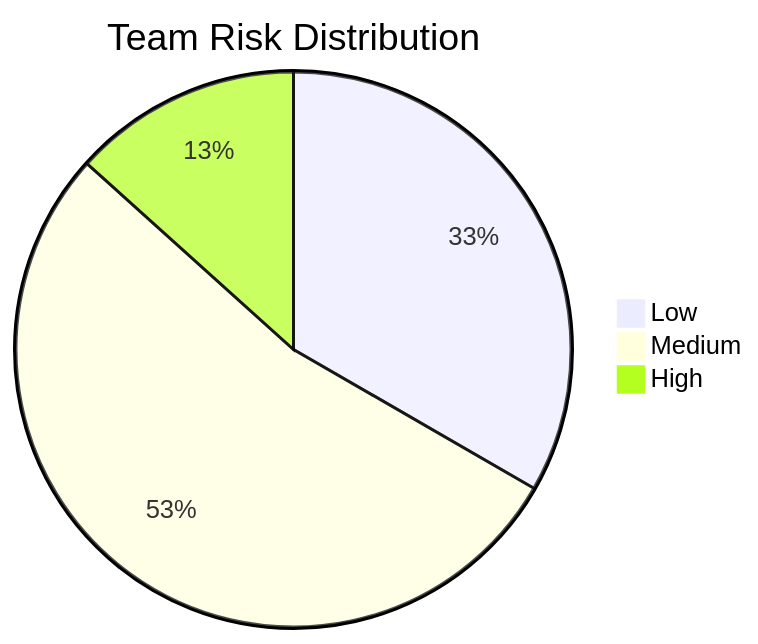
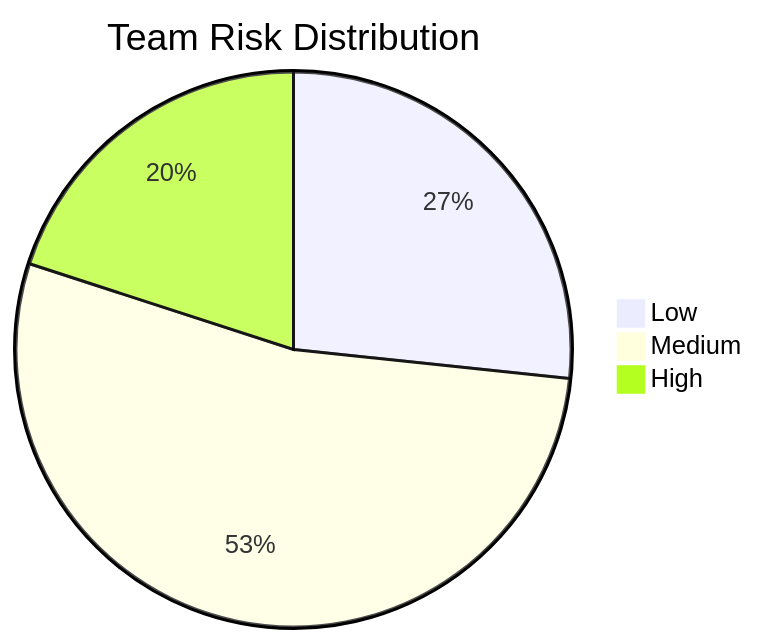
The first of 6 diagrams in fpl_report.md (techsuresh82/fpl-analyzer), drawn with Mermaid before and after one commit. The commit also changed other lines of this file, not shown here.

````diff
--- a/fpl_report.md
+++ b/fpl_report.md
@@ -27,6 +27,6 @@
 ```mermaid
 pie title Team Risk Distribution
-    "Low" : 5
+    "Low" : 4
     "Medium" : 8
-    "High" : 2
+    "High" : 3
 ```
````
